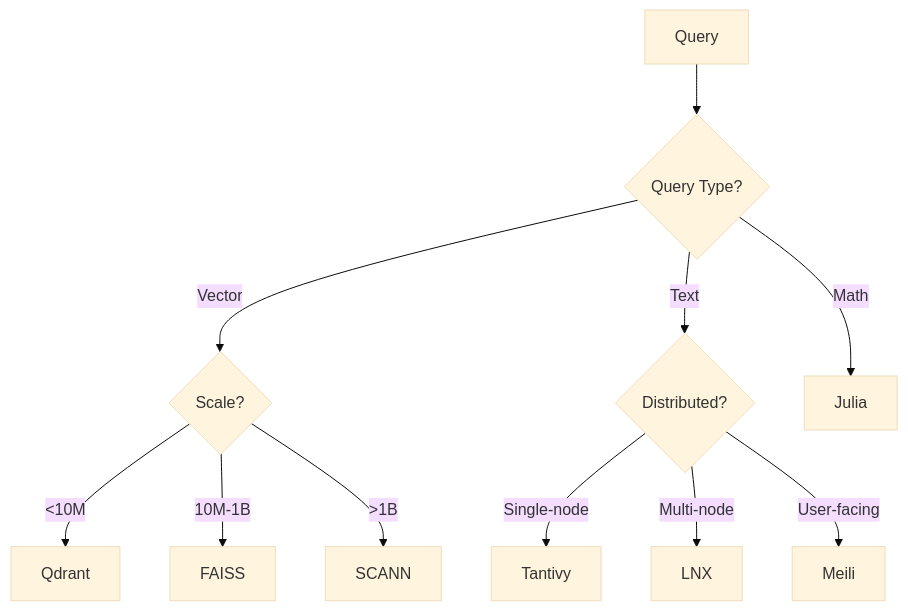
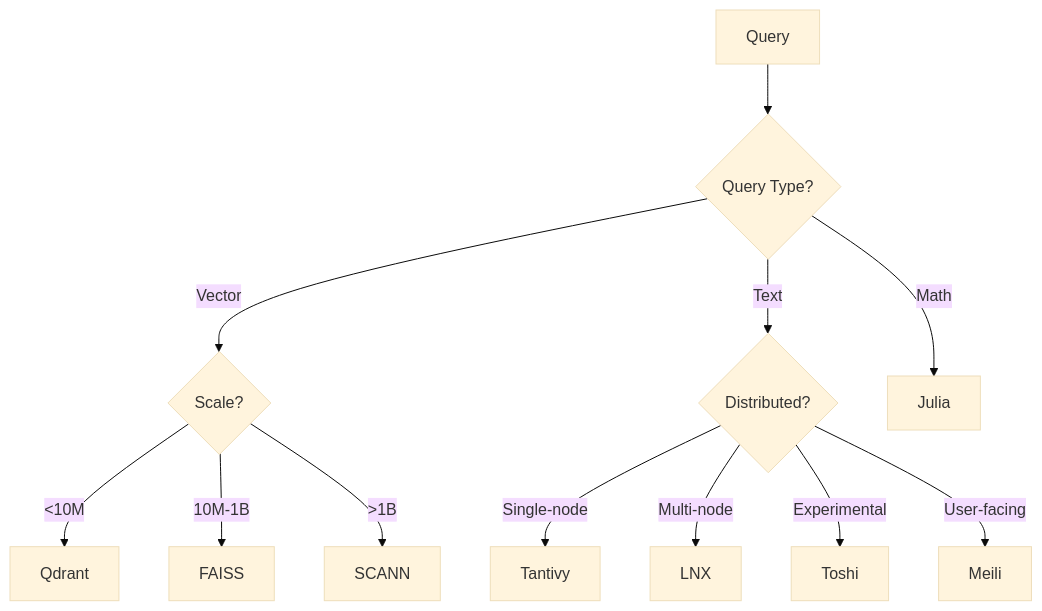
The second of 2 diagrams in docs/MOTOR_ARCHITECTURE.md (Rigohl/MEMORY_P), drawn with Mermaid (base theme) before and after one commit. The commit also changed other lines of this file and 131 other files, not shown here.

````diff
--- a/docs/MOTOR_ARCHITECTURE.md
+++ b/docs/MOTOR_ARCHITECTURE.md
@@ -839,16 +891,17 @@
 ```mermaid
 graph TD
     Start[Query] --> Type{Query Type?}
 
     Type -->|Vector| VectorScale{Scale?}
     Type -->|Text| TextDist{Distributed?}
     Type -->|Math| Julia
 
     VectorScale -->|<10M| Qdrant
     VectorScale -->|10M-1B| FAISS
     VectorScale -->|>1B| SCANN
 
     TextDist -->|Single-node| Tantivy
     TextDist -->|Multi-node| LNX
+    TextDist -->|Experimental| Toshi
     TextDist -->|User-facing| Meili
 ```
````
